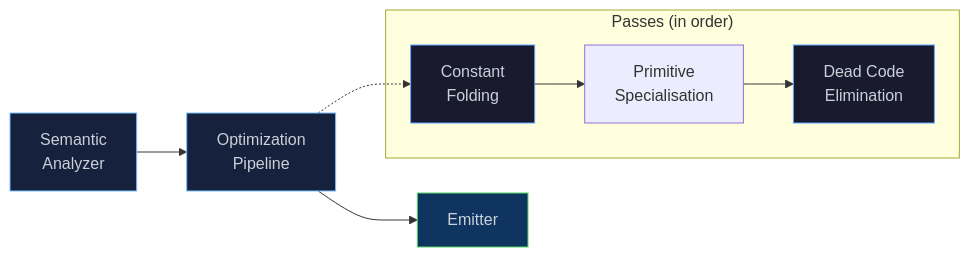
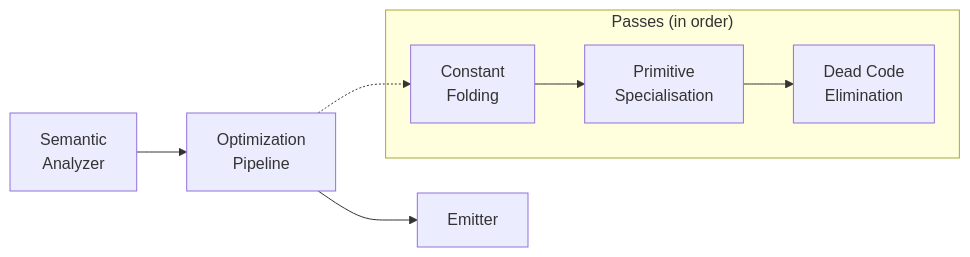
The diagram in docs/guide/reference/optimisations.md (lewismj/eta), drawn with Mermaid before and after one commit. The commit also changed 20 other files, not shown here.

````diff
--- a/docs/guide/reference/optimisations.md
+++ b/docs/guide/reference/optimisations.md
@@ -263,20 +263,14 @@
 ```mermaid
 flowchart LR
     SEM["Semantic\nAnalyzer"] --> OPT["Optimization\nPipeline"]
     OPT --> EMT["Emitter"]
 
     subgraph OPT_PASSES ["Passes (in order)"]
         CF["Constant\nFolding"]
         PS["Primitive\nSpecialisation"]
         DCE["Dead Code\nElimination"]
         CF --> PS --> DCE
     end
 
     OPT -.-> CF
-
-    style SEM fill:#16213e,stroke:#79c0ff,color:#c9d1d9
-    style OPT fill:#16213e,stroke:#79c0ff,color:#c9d1d9
-    style EMT fill:#0f3460,stroke:#56d364,color:#c9d1d9
-    style CF  fill:#1a1a2e,stroke:#58a6ff,color:#c9d1d9
-    style DCE fill:#1a1a2e,stroke:#58a6ff,color:#c9d1d9
 ```
````
